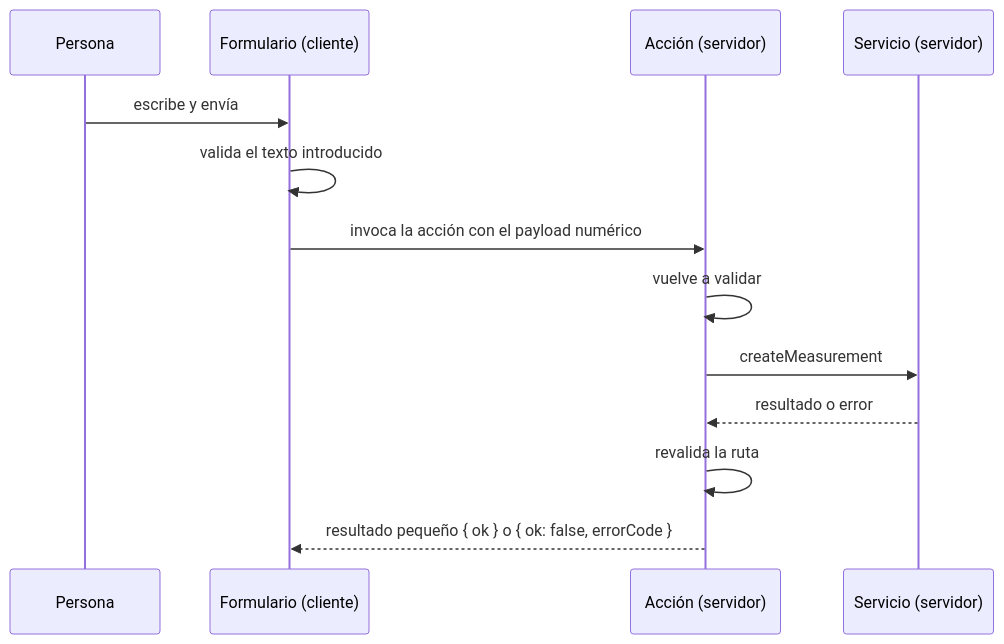
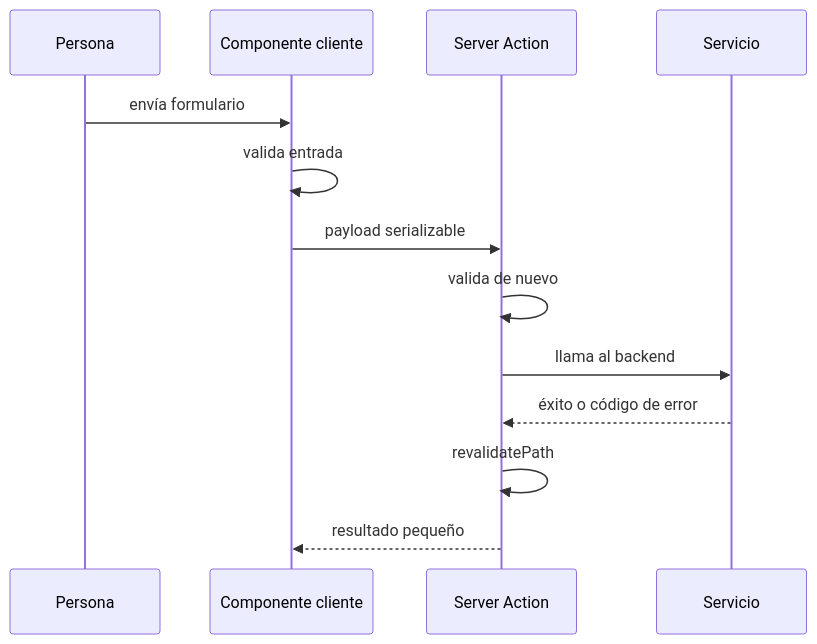
Before and after one commit to devmauriciopineda/careme: the third of 3 diagrams in docs/concepts/02-frontend-renderizado-y-comunicacion.md, drawn with Mermaid. The commit also changed other lines of this file and 68 other files, not shown here.

````diff
--- a/docs/concepts/02-frontend-renderizado-y-comunicacion.md
+++ b/docs/concepts/02-frontend-renderizado-y-comunicacion.md
@@ -93,15 +358,15 @@
 ```mermaid
 sequenceDiagram
     participant U as Persona
-    participant F as Formulario (cliente)
-    participant A as Acción (servidor)
-    participant S as Servicio (servidor)
-    U->>F: escribe y envía
-    F->>F: valida el texto introducido
-    F->>A: invoca la acción con el payload numérico
-    A->>A: vuelve a validar
-    A->>S: createMeasurement
-    S-->>A: resultado o error
-    A->>A: revalida la ruta
-    A-->>F: resultado pequeño { ok } o { ok: false, errorCode }
+    participant C as Componente cliente
+    participant A as Server Action
+    participant S as Servicio
+    U->>C: envía formulario
+    C->>C: valida entrada
+    C->>A: payload serializable
+    A->>A: valida de nuevo
+    A->>S: llama al backend
+    S-->>A: éxito o código de error
+    A->>A: revalidatePath
+    A-->>C: resultado pequeño
 ```
````
